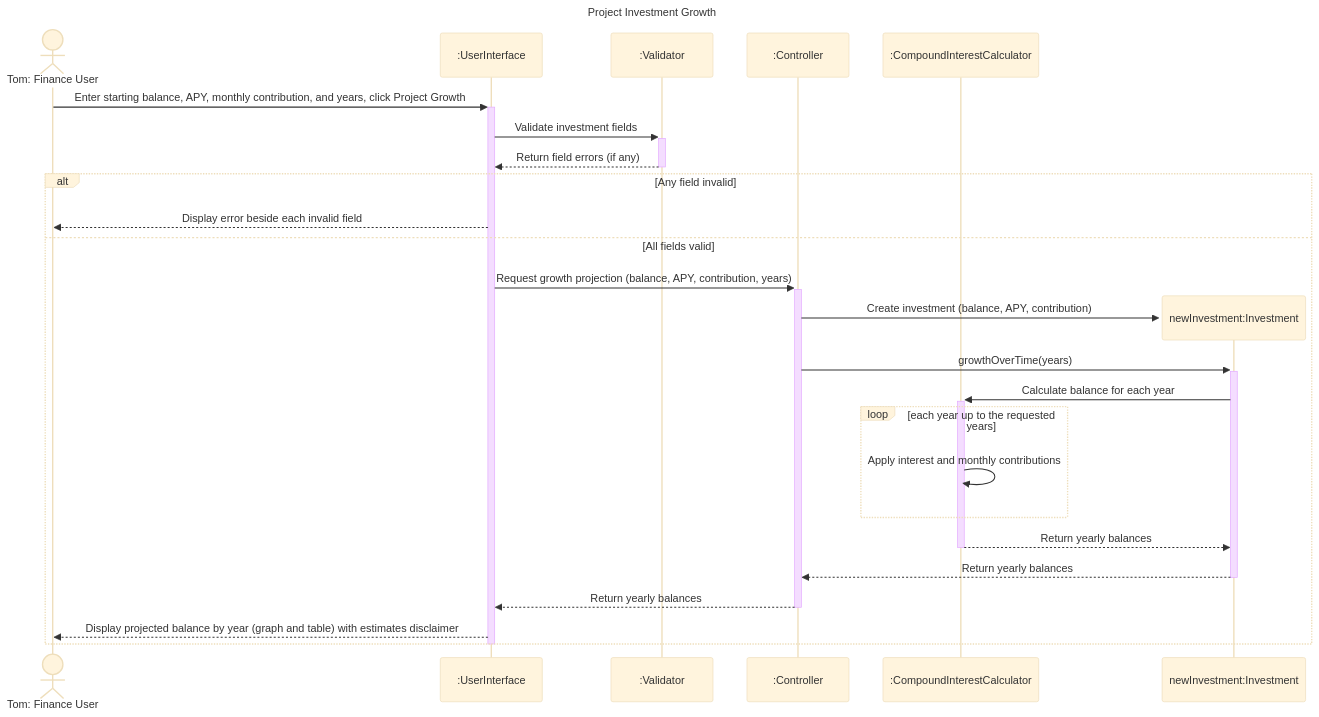
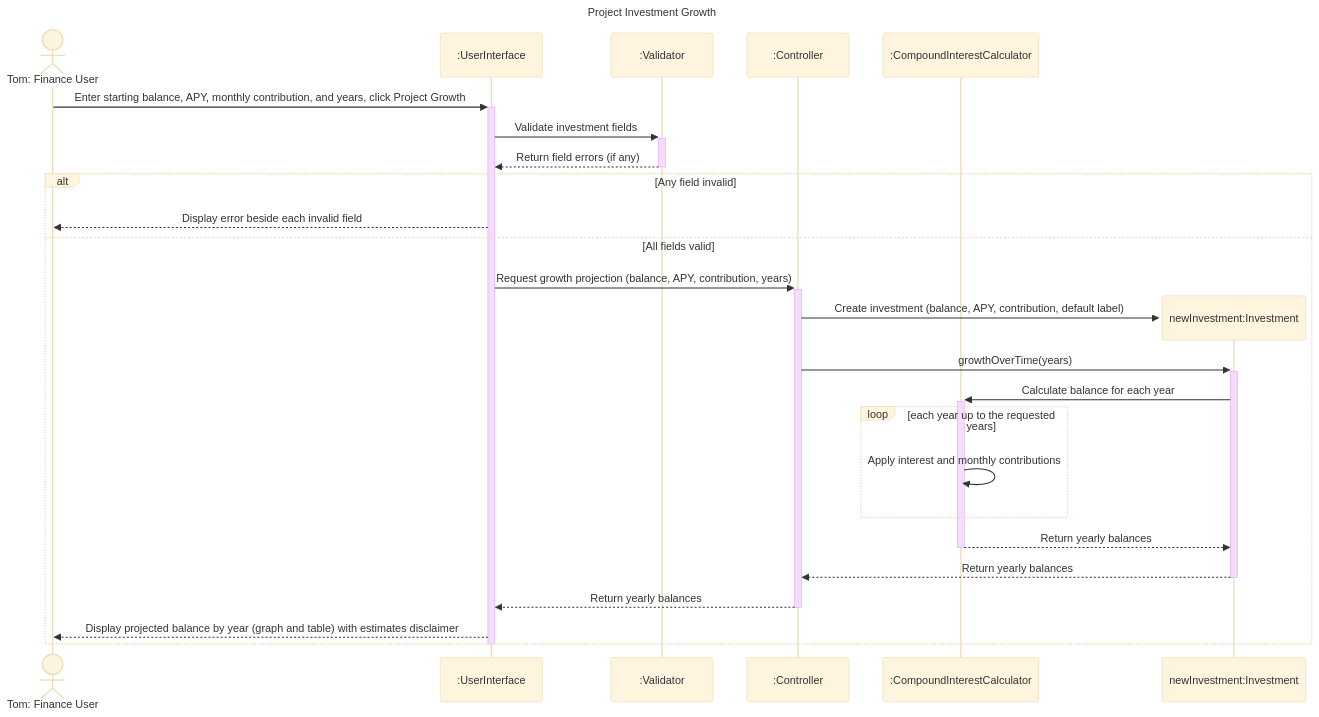
The diagram in docs/architecture/current/sequenceDiagrams/5ProjectInvestmentGrowth.mmd (yattayattamatata/Trajectory), drawn with Mermaid (base theme) before and after one commit. The commit also changed 16 other files, not shown here.

First line of the commit message:
Create class diagrams specific to each item from IEEE Design

```diff
--- a/docs/architecture/current/sequenceDiagrams/5ProjectInvestmentGrowth.mmd
+++ b/docs/architecture/current/sequenceDiagrams/5ProjectInvestmentGrowth.mmd
@@ -1,31 +1,31 @@
 ---
 title: Project Investment Growth
 ---
 sequenceDiagram
     actor FU as Tom: Finance User
     participant UI as :UserInterface
     participant V as :Validator
     participant C as :Controller
     participant CIC as :CompoundInterestCalculator
 
     FU ->>+ UI: Enter starting balance, APY, monthly contribution, and years, click Project Growth
     UI ->>+ V: Validate investment fields
     V -->>- UI: Return field errors (if any)
 
     alt Any field invalid
         UI -->> FU: Display error beside each invalid field
     else All fields valid
         UI ->>+ C: Request growth projection (balance, APY, contribution, years)
         create participant I as newInvestment:Investment
-        C ->> I: Create investment (balance, APY, contribution)
+        C ->> I: Create investment (balance, APY, contribution, default label)
         C ->>+ I: growthOverTime(years)
         I ->>+ CIC: Calculate balance for each year
         loop each year up to the requested years
             CIC ->> CIC: Apply interest and monthly contributions
         end
         CIC -->>- I: Return yearly balances
         I -->>- C: Return yearly balances
         C -->>- UI: Return yearly balances
         UI -->> FU: Display projected balance by year (graph and table) with estimates disclaimer
     end
     deactivate UI
```
